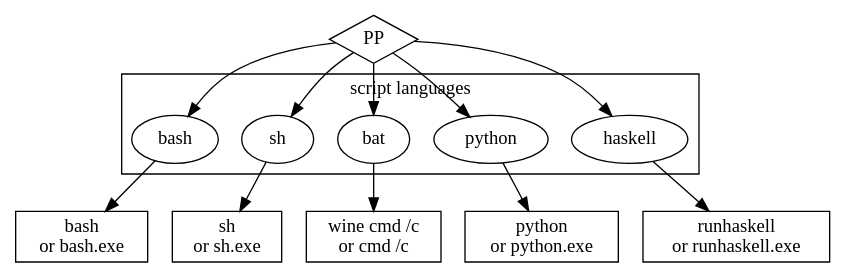
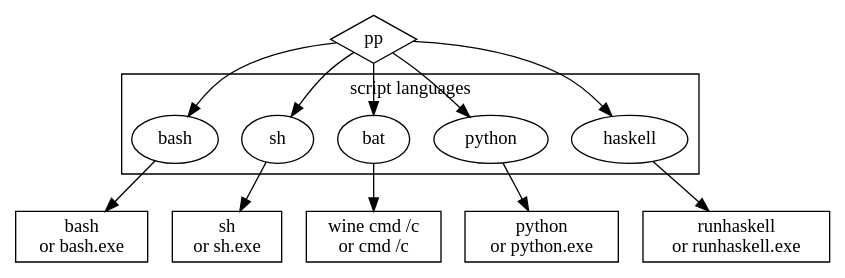
Before and after one commit to CDSoft/pp: the diagram in doc/img/pp-scripts.gv, drawn with Graphviz. The commit also changed 11 other files, not shown here.

```diff
--- a/doc/img/pp-scripts.gv
+++ b/doc/img/pp-scripts.gv
@@ -1,24 +1,24 @@
 
 
 digraph {
 
     subgraph cluster_cmd {
         label = "script languages"
         bash sh bat python haskell
     }
 
-    PP [shape=diamond]
+    PP [shape=diamond label="pp"]
     bash sh bat python haskell
     Bash [shape=box label="bash\nor bash.exe"]
     Sh [shape=box label="sh\nor sh.exe"]
     Bat [shape=box label="wine cmd /c\nor cmd /c"]
     Python [shape=box label="python\nor python.exe"]
     Haskell [shape=box label="runhaskell\nor runhaskell.exe"]
 
     PP -> {bash sh bat python haskell}
     bash -> Bash
     sh -> Sh
     bat -> Bat
     python -> Python
     haskell -> Haskell
 }
```
